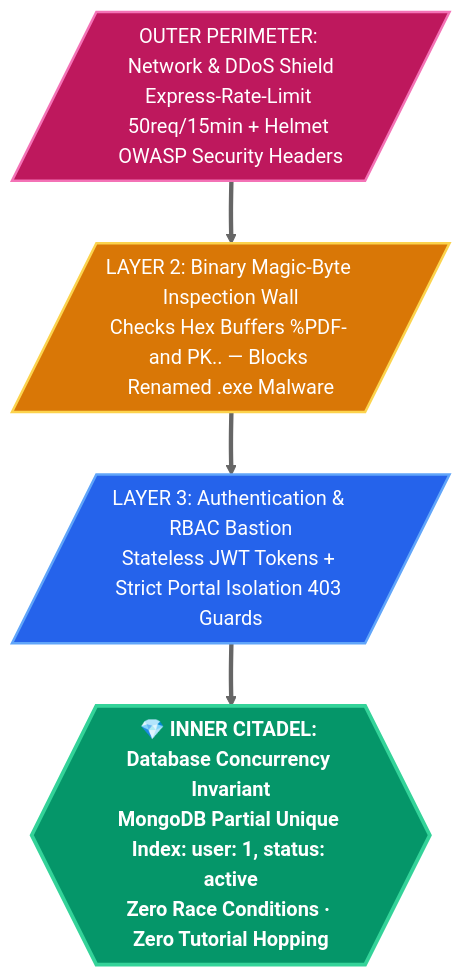
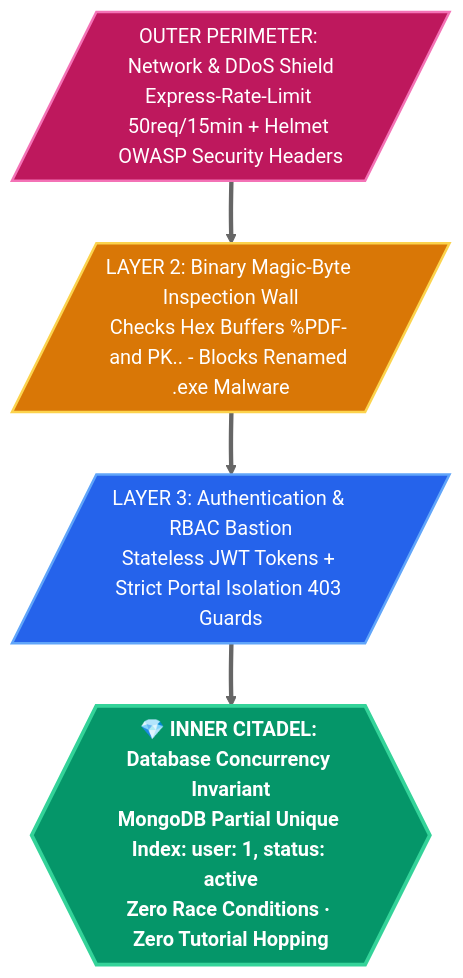
The fourth of 6 diagrams in HACK2IGNITE_2026_IDEA_PPT_SUBMISSION.md (parthpatil1234p-svg/disheera), drawn with Mermaid (neutral theme) before and after one commit. The commit also changed other lines of this file and 4 other files, not shown here.

````diff
--- a/HACK2IGNITE_2026_IDEA_PPT_SUBMISSION.md
+++ b/HACK2IGNITE_2026_IDEA_PPT_SUBMISSION.md
@@ -293,14 +293,14 @@
 ```mermaid
 flowchart TD
     classDef ring1 fill:#BE185D,stroke:#F472B6,stroke-width:2px,color:#FFFFFF;
     classDef ring2 fill:#D97706,stroke:#FCD34D,stroke-width:2px,color:#FFFFFF;
     classDef ring3 fill:#2563EB,stroke:#60A5FA,stroke-width:2px,color:#FFFFFF;
     classDef core fill:#059669,stroke:#34D399,stroke-width:3px,color:#FFFFFF,font-weight:bold;
 
     WALL1[/OUTER PERIMETER: Network &amp; DDoS Shield<br/>Express-Rate-Limit 50req/15min + Helmet OWASP Security Headers/]:::ring1
-    WALL2[/LAYER 2: Binary Magic-Byte Inspection Wall<br/>Checks Hex Buffers %PDF- and PK.. — Blocks Renamed .exe Malware/]:::ring2
+    WALL2[/LAYER 2: Binary Magic-Byte Inspection Wall<br/>Checks Hex Buffers %PDF- and PK.. - Blocks Renamed .exe Malware/]:::ring2
     WALL3[/LAYER 3: Authentication &amp; RBAC Bastion<br/>Stateless JWT Tokens + Strict Portal Isolation 403 Guards/]:::ring3
     CORE{{💎 INNER CITADEL: Database Concurrency Invariant<br/>MongoDB Partial Unique Index: user: 1, status: active<br/>Zero Race Conditions · Zero Tutorial Hopping}}:::core
 
     WALL1 ==> WALL2 ==> WALL3 ==> CORE
 ```
````
